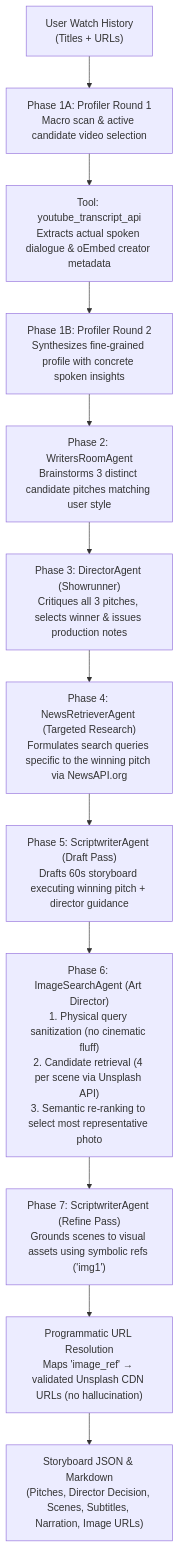
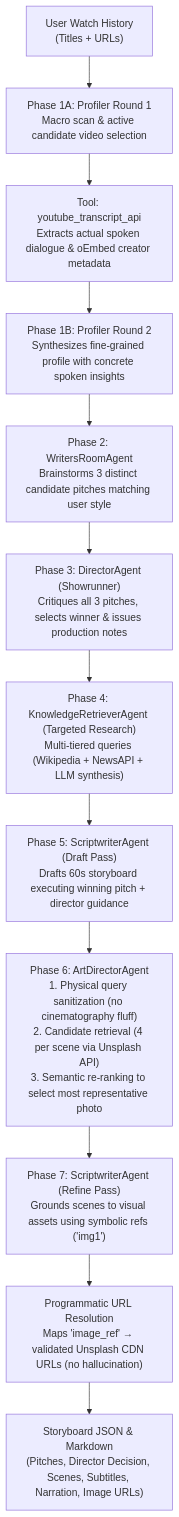
One commit to CharlesDupouy/nlp-multiagent-storyboarding changed the diagram in README.md. Above: the diagram before and after it, drawn with Mermaid. The commit also changed other lines of this file and 44 other files, not shown here.

First line of the commit message:
feat: upgrade to neural Edge-TTS, add history splitting, and multi-criteria visual evaluation

````diff
--- a/README.md
+++ b/README.md
@@ -34,14 +40,14 @@
 ```mermaid
 flowchart TD
     I["User Watch History\n(Titles + URLs)"] --> P1["Phase 1A: Profiler Round 1\nMacro scan & active candidate video selection"]
     P1 --> T1["Tool: youtube_transcript_api\nExtracts actual spoken dialogue & oEmbed creator metadata"]
     T1 --> P2["Phase 1B: Profiler Round 2\nSynthesizes fine-grained profile with concrete spoken insights"]
     P2 --> WR["Phase 2: WritersRoomAgent\nBrainstorms 3 distinct candidate pitches matching user style"]
     WR --> DIR["Phase 3: DirectorAgent (Showrunner)\nCritiques all 3 pitches, selects winner & issues production notes"]
-    DIR --> N["Phase 4: NewsRetrieverAgent (Targeted Research)\nFormulates search queries specific to the winning pitch via NewsAPI.org"]
-    N --> S1["Phase 5: ScriptwriterAgent (Draft Pass)\nDrafts 60s storyboard executing winning pitch + director guidance"]
-    S1 --> IMG["Phase 6: ImageSearchAgent (Art Director)\n1. Physical query sanitization (no cinematic fluff)\n2. Candidate retrieval (4 per scene via Unsplash API)\n3. Semantic re-ranking to select most representative photo"]
-    IMG --> S2["Phase 7: ScriptwriterAgent (Refine Pass)\nGrounds scenes to visual assets using symbolic refs ('img1')"]
+    DIR --> K["Phase 4: KnowledgeRetrieverAgent (Targeted Research)\nMulti-tiered queries (Wikipedia + NewsAPI + LLM synthesis)"]
+    K --> S1["Phase 5: ScriptwriterAgent (Draft Pass)\nDrafts 60s storyboard executing winning pitch + director guidance"]
+    S1 --> ART["Phase 6: ArtDirectorAgent\n1. Physical query sanitization (no cinematography fluff)\n2. Candidate retrieval (4 per scene via Unsplash API)\n3. Semantic re-ranking to select most representative photo"]
+    ART --> S2["Phase 7: ScriptwriterAgent (Refine Pass)\nGrounds scenes to visual assets using symbolic refs ('img1')"]
     S2 --> RES["Programmatic URL Resolution\nMaps 'image_ref' → validated Unsplash CDN URLs (no hallucination)"]
     RES --> O["Storyboard JSON & Markdown\n(Pitches, Director Decision, Scenes, Subtitles, Narration, Image URLs)"]
 ```
````
